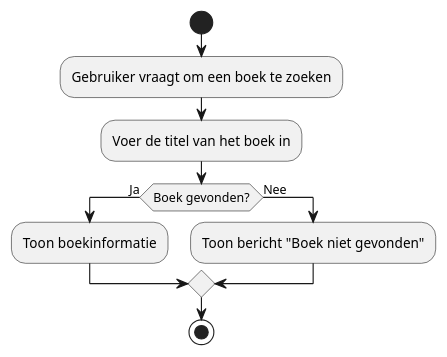
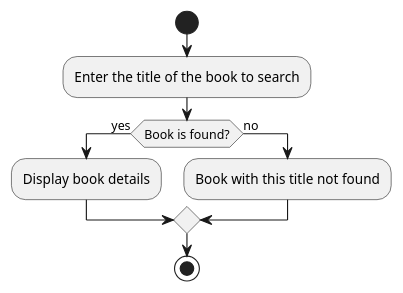
The second of 2 diagrams in src/main/java/AnalysisLibrarySystem/FlowchartUserCases/User/Search_Book_FlowChart.puml (9elmaz9/BibliotheekSysteem), drawn with PlantUML before and after one commit. The commit also changed other lines of this file and 22 other files, not shown here.

```diff
--- a/src/main/java/AnalysisLibrarySystem/FlowchartUserCases/User/Search_Book_FlowChart.puml
+++ b/src/main/java/AnalysisLibrarySystem/FlowchartUserCases/User/Search_Book_FlowChart.puml
@@ -31,11 +18,10 @@
 @startuml
 start
-:Gebruiker vraagt om een boek te zoeken;
-:Voer de titel van het boek in;
-if (Boek gevonden?) then (Ja)
-  :Toon boekinformatie;
-else (Nee)
-  :Toon bericht "Boek niet gevonden";
+:Enter the title of the book to search;
+if (Book is found?) then (yes)
+    :Display book details;
+else (no)
+    :Book with this title not found;
 endif
 stop
 @enduml
```
